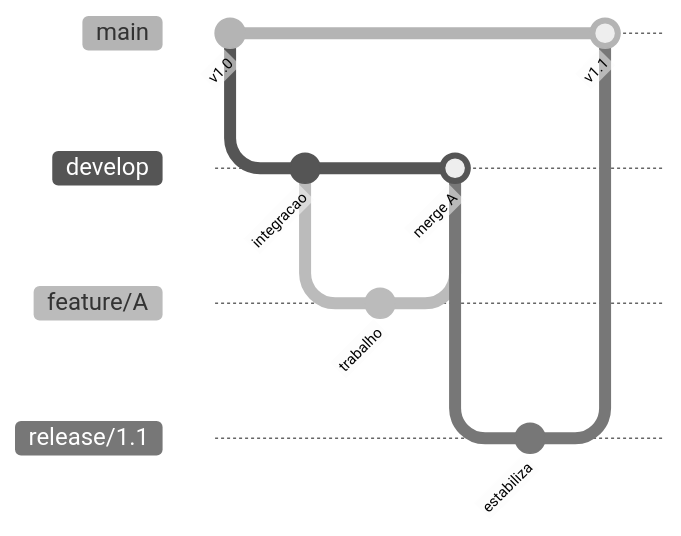
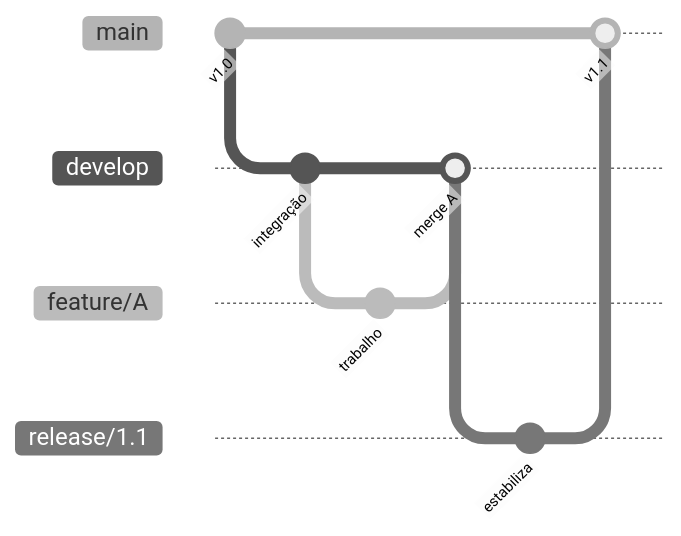
Before and after one commit to BerniloBernardo-boot/Git-e-GitHub: the first of 2 diagrams in 08-Workflows-Profissionais/01-git-flow-github-flow-trunk-based.md, drawn with Mermaid (neutral theme). The commit also changed other lines of this file and 13 other files, not shown here.

Commit message:
docs: traduz elementos explicativos dos diagramas para PT-PT

````diff
--- a/08-Workflows-Profissionais/01-git-flow-github-flow-trunk-based.md
+++ b/08-Workflows-Profissionais/01-git-flow-github-flow-trunk-based.md
@@ -21,14 +21,14 @@
 ```mermaid
 gitGraph
     commit id: "v1.0"
     branch develop
-    commit id: "integracao"
+    commit id: "integração"
     branch feature/A
     commit id: "trabalho"
     checkout develop
     merge feature/A id: "merge A"
     branch release/1.1
     commit id: "estabiliza"
     checkout main
     merge release/1.1 id: "v1.1"
 ```
````
